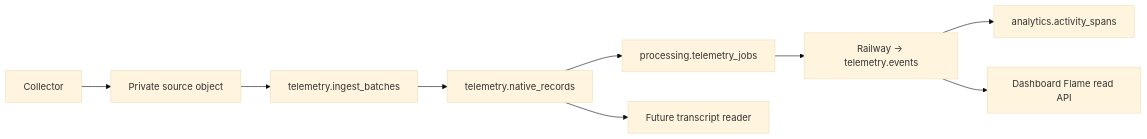
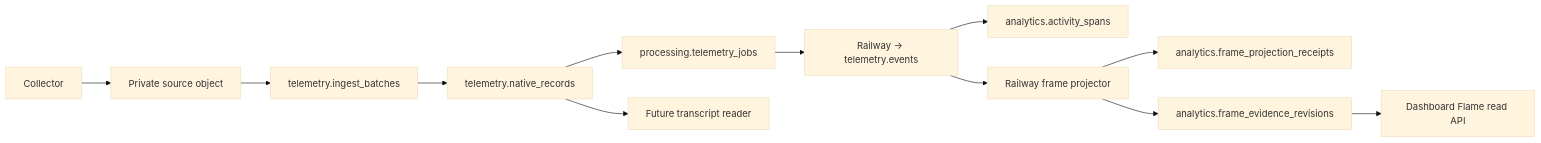
One commit to e3-solutions/sherlock changed the first of 2 diagrams in docs/data-schema.md. Above: the diagram before and after it, drawn with Mermaid (base theme). The commit also changed other lines of this file and 17 other files, not shown here.

Commit message:
COR-3731 Precompute indexed frame evidence

````diff
--- a/docs/data-schema.md
+++ b/docs/data-schema.md
@@ -60,11 +64,14 @@
 ```mermaid
 flowchart LR
     C["Collector"] --> O["Private source object"]
     O --> B["telemetry.ingest_batches"]
     B --> N["telemetry.native_records"]
     N --> Q["processing.telemetry_jobs"]
     Q --> E["Railway → telemetry.events"]
     E --> A["analytics.activity_spans"]
-    E --> F["Dashboard Flame read API"]
+    E --> P["Railway frame projector"]
+    P --> R["analytics.frame_projection_receipts"]
+    P --> F["analytics.frame_evidence_revisions"]
+    F --> D["Dashboard Flame read API"]
     N --> T["Future transcript reader"]
 ```
````
